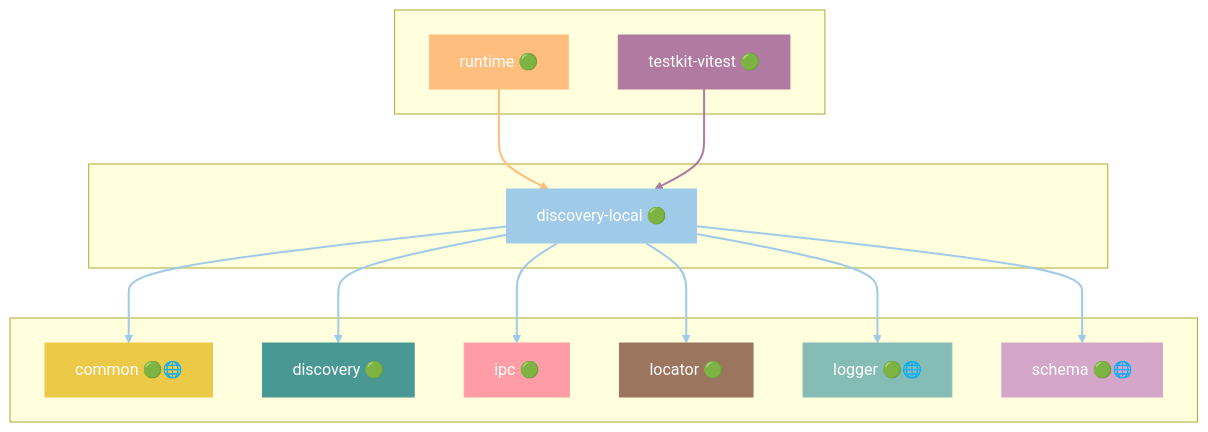
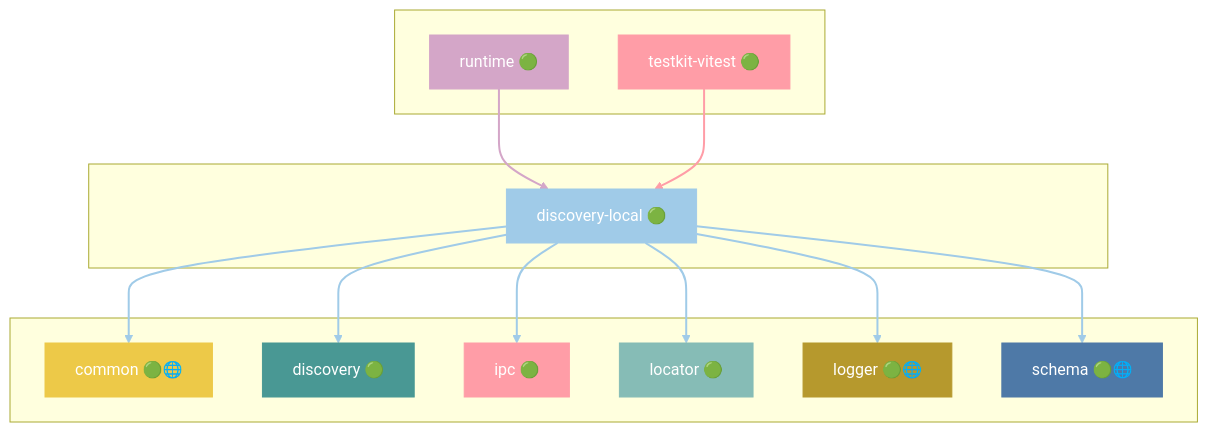
Diagram 17 of 48 in docs/DEPENDENCIES.md (grest-ts/grest-ts), drawn with Mermaid before and after one commit. The commit also changed other lines of this file and 78 other files, not shown here.

````diff
--- a/docs/DEPENDENCIES.md
+++ b/docs/DEPENDENCIES.md
@@ -993,43 +999,43 @@
 ```mermaid
 flowchart TB
     subgraph Dependents[" "]
         runtime["runtime 🟢"]
         testkit-vitest["testkit-vitest 🟢"]
     end
     subgraph Package[" "]
         discovery-local["discovery-local 🟢"]
     end
     subgraph Dependencies[" "]
         common["common 🟢🌐"]
         discovery["discovery 🟢"]
         ipc["ipc 🟢"]
         locator["locator 🟢"]
         logger["logger 🟢🌐"]
         schema["schema 🟢🌐"]
     end
     runtime --> discovery-local
     testkit-vitest --> discovery-local
     discovery-local --> common
     discovery-local --> discovery
     discovery-local --> ipc
     discovery-local --> locator
     discovery-local --> logger
     discovery-local --> schema
     style discovery-local fill:#A0CBE8,stroke:#A0CBE8,color:#fff
-    style runtime fill:#FFBE7D,stroke:#FFBE7D,color:#fff
-    style testkit-vitest fill:#B07AA1,stroke:#B07AA1,color:#fff
+    style runtime fill:#D4A6C8,stroke:#D4A6C8,color:#fff
+    style testkit-vitest fill:#FF9DA7,stroke:#FF9DA7,color:#fff
     style common fill:#EDC948,stroke:#EDC948,color:#fff
     style discovery fill:#499894,stroke:#499894,color:#fff
     style ipc fill:#FF9DA7,stroke:#FF9DA7,color:#fff
-    style locator fill:#9C755F,stroke:#9C755F,color:#fff
-    style logger fill:#86BCB6,stroke:#86BCB6,color:#fff
-    style schema fill:#D4A6C8,stroke:#D4A6C8,color:#fff
-    linkStyle 0 stroke:#FFBE7D,stroke-width:2px
-    linkStyle 1 stroke:#B07AA1,stroke-width:2px
+    style locator fill:#86BCB6,stroke:#86BCB6,color:#fff
+    style logger fill:#B6992D,stroke:#B6992D,color:#fff
+    style schema fill:#4E79A7,stroke:#4E79A7,color:#fff
+    linkStyle 0 stroke:#D4A6C8,stroke-width:2px
+    linkStyle 1 stroke:#FF9DA7,stroke-width:2px
     linkStyle 2 stroke:#A0CBE8,stroke-width:2px
     linkStyle 3 stroke:#A0CBE8,stroke-width:2px
     linkStyle 4 stroke:#A0CBE8,stroke-width:2px
     linkStyle 5 stroke:#A0CBE8,stroke-width:2px
     linkStyle 6 stroke:#A0CBE8,stroke-width:2px
     linkStyle 7 stroke:#A0CBE8,stroke-width:2px
 ```
````
